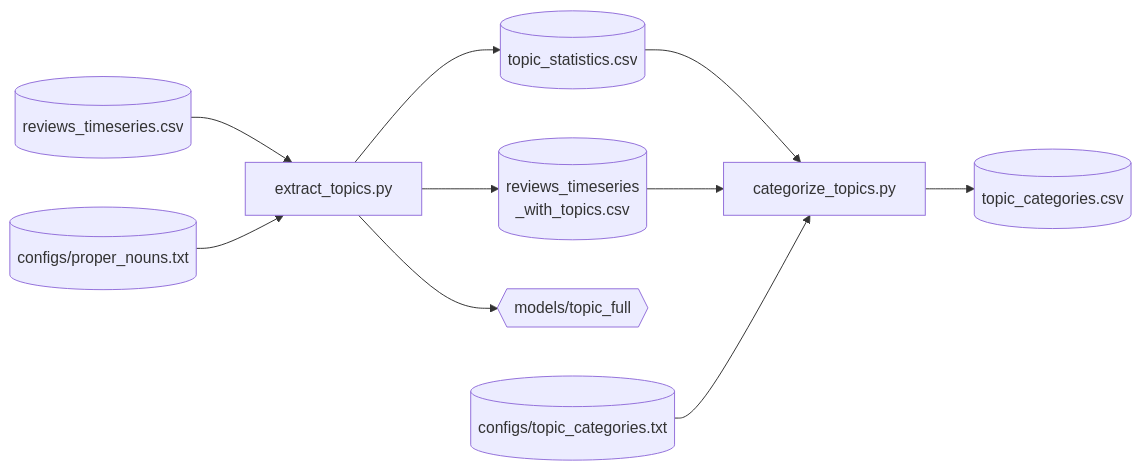
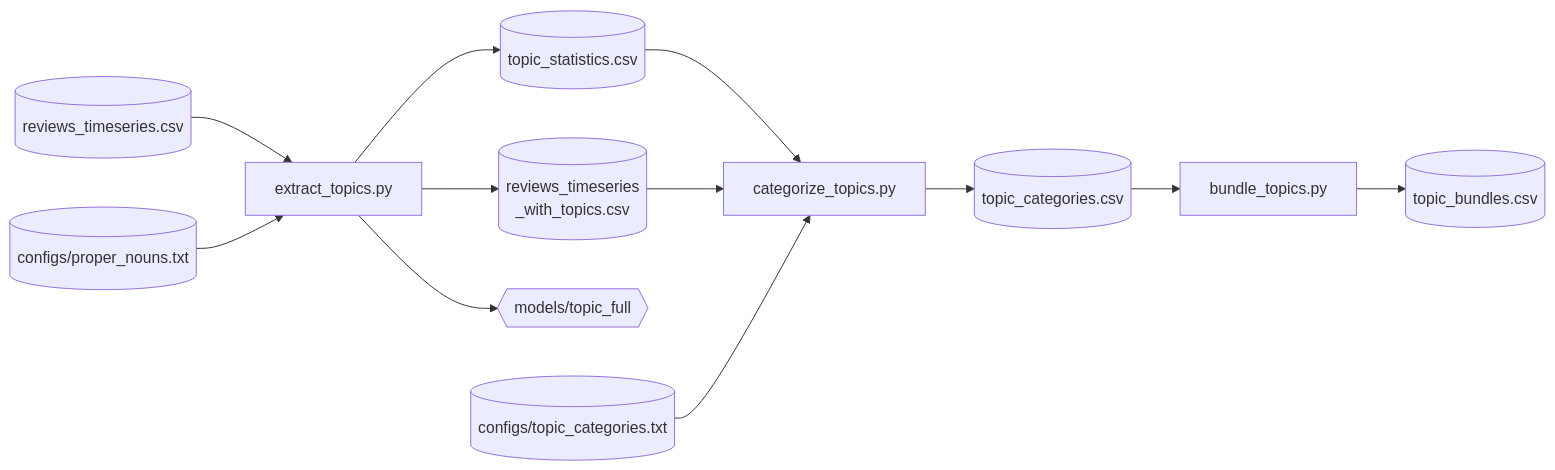
Before and after one commit to rindguitar/game-demand-forecast: the fourth of 9 diagrams in scripts/README.md, drawn with Mermaid. The commit also changed other lines of this file and 12 other files, not shown here.

````diff
--- a/scripts/README.md
+++ b/scripts/README.md
@@ -85,12 +85,13 @@
 ```mermaid
 flowchart LR
     R[("reviews_timeseries.csv")] --> E["extract_topics.py"]
     P[("configs/proper_nouns.txt")] --> E
     E --> W[("reviews_timeseries<br/>_with_topics.csv")]
     E --> S[("topic_statistics.csv")]
     E --> M{{"models/topic_full"}}
     S --> C["categorize_topics.py"]
     W --> C
     V[("configs/topic_categories.txt")] --> C
-    C --> O[("topic_categories.csv")]
+    C --> O[("topic_categories.csv")] --> B["bundle_topics.py"]
+    B --> N[("topic_bundles.csv")]
 ```
````
